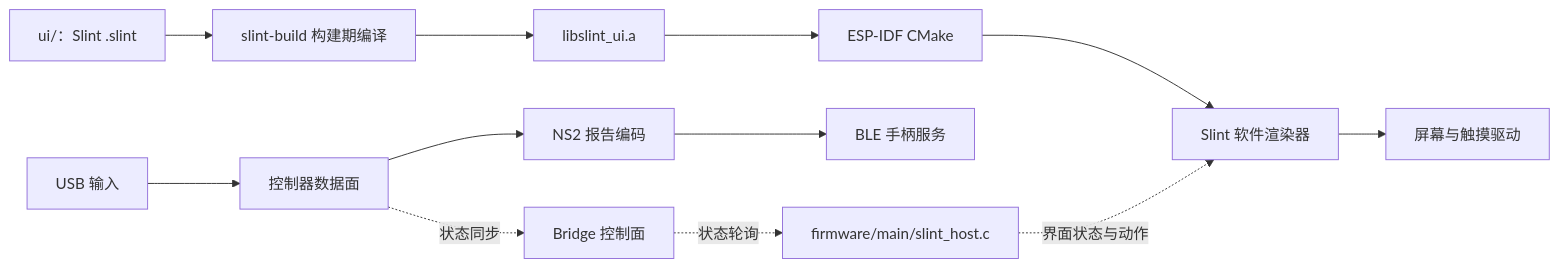
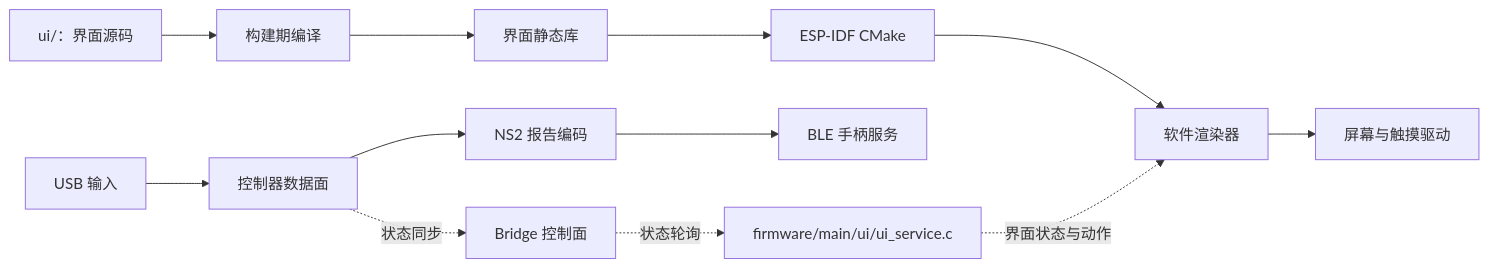
One commit to slime7/remapad changed the diagram in README.md. Above: the diagram before and after it, drawn with Mermaid. The commit also changed other lines of this file and 71 other files, not shown here.

````diff
--- a/README.md
+++ b/README.md
@@ -43,14 +44,14 @@
 ```mermaid
 flowchart LR
-    UI[ui/：Slint .slint] --> Compile[slint-build 构建期编译]
-    Compile --> Lib[libslint_ui.a]
+    UI[ui/：界面源码] --> Compile[构建期编译]
+    Compile --> Lib[界面静态库]
     Lib --> CMake[ESP-IDF CMake]
-    CMake --> Renderer[Slint 软件渲染器]
+    CMake --> Renderer[软件渲染器]
     Renderer --> BSP[屏幕与触摸驱动]
     USB[USB 输入] --> DataPlane[控制器数据面]
     DataPlane --> NS2[NS2 报告编码]
     NS2 --> BLE[BLE 手柄服务]
     DataPlane -.状态同步.-> Bridge[Bridge 控制面]
-    Bridge -.状态轮询.-> Host[firmware/main/slint_host.c]
+    Bridge -.状态轮询.-> Host[firmware/main/ui/ui_service.c]
     Host -.界面状态与动作.-> Renderer
 ```
````
